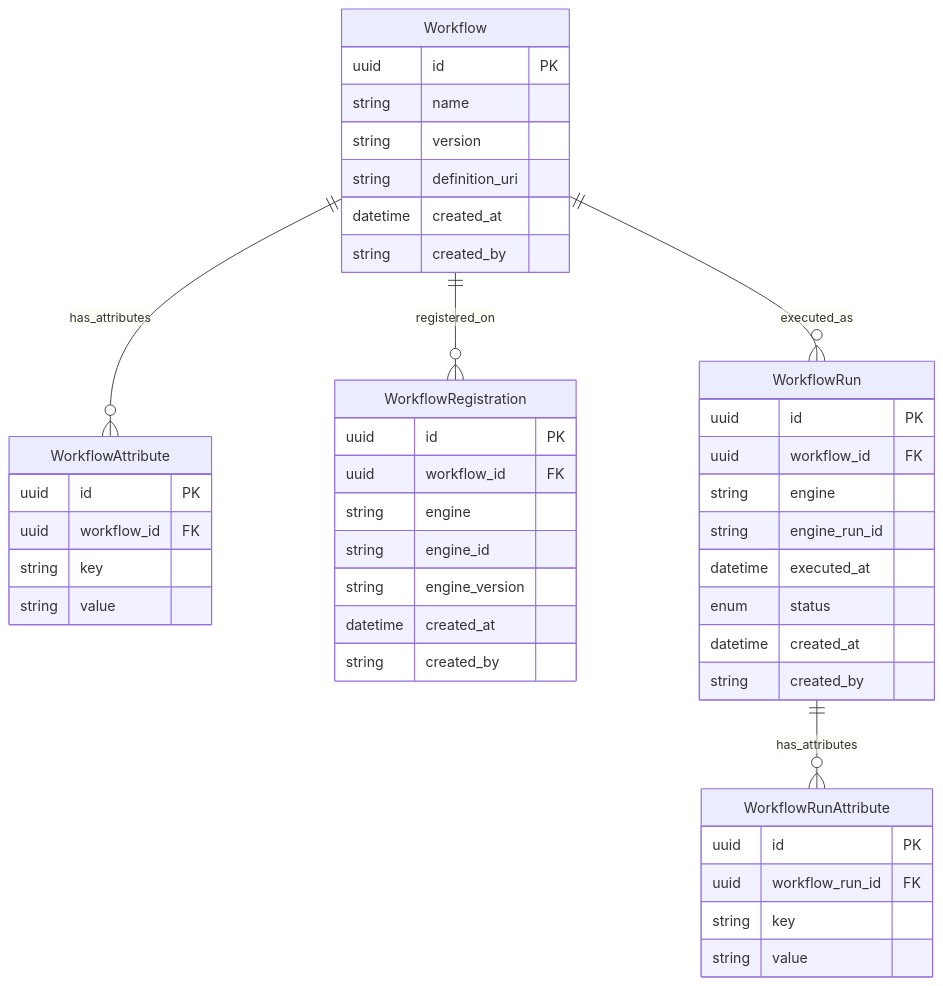
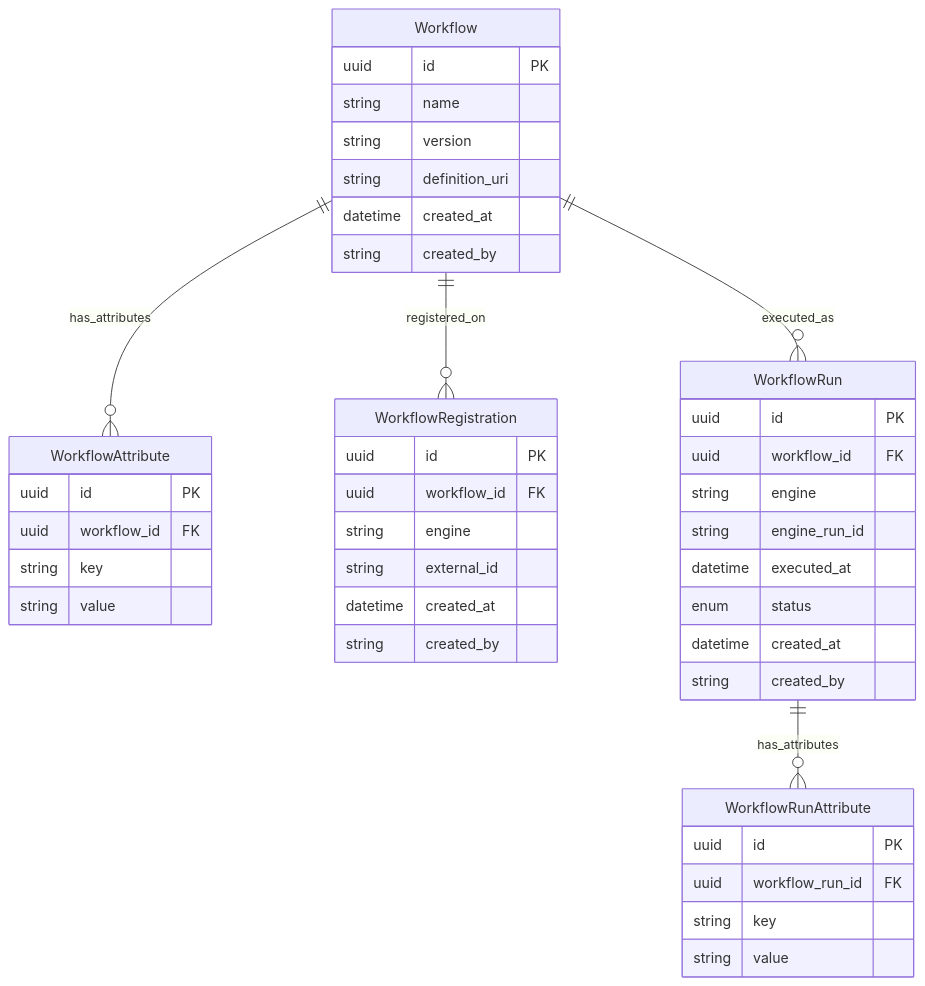
The first of 2 diagrams in docs/WORKFLOWS.md (NGS360/APIServer), drawn with Mermaid before and after one commit. The commit also changed other lines of this file and 5 other files, not shown here.

Commit message:
remove unneeded engine version and rename ambiguous engine_id to external_id to better reflect that this is assigned by external platform

````diff
--- a/docs/WORKFLOWS.md
+++ b/docs/WORKFLOWS.md
@@ -18,51 +18,50 @@
 ```mermaid
 erDiagram
     Workflow ||--o{ WorkflowAttribute : has_attributes
     Workflow ||--o{ WorkflowRegistration : registered_on
     Workflow ||--o{ WorkflowRun : executed_as
     WorkflowRun ||--o{ WorkflowRunAttribute : has_attributes
 
     Workflow {
         uuid id PK
         string name
         string version
         string definition_uri
         datetime created_at
         string created_by
     }
 
     WorkflowAttribute {
         uuid id PK
         uuid workflow_id FK
         string key
         string value
     }
 
     WorkflowRegistration {
         uuid id PK
         uuid workflow_id FK
         string engine
-        string engine_id
-        string engine_version
+        string external_id
         datetime created_at
         string created_by
     }
 
     WorkflowRun {
         uuid id PK
         uuid workflow_id FK
         string engine
         string engine_run_id
         datetime executed_at
         enum status
         datetime created_at
         string created_by
     }
 
     WorkflowRunAttribute {
         uuid id PK
         uuid workflow_run_id FK
         string key
         string value
     }
 ```
````
